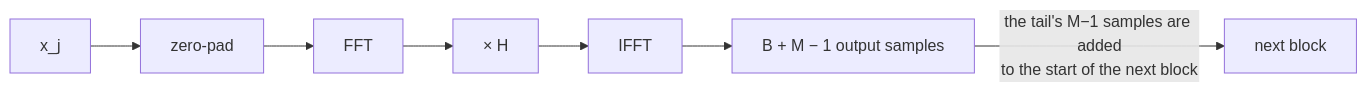
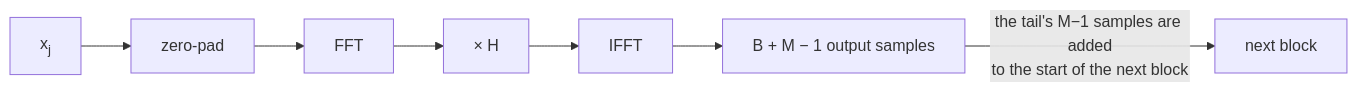
The seventh of 11 diagrams in lessons/12-reverb/README.md (TomHsieh300/DAW-for-fun), drawn with Mermaid before and after one commit. The commit also changed other lines of this file and 19 other files, not shown here.

First line of the commit message:
lessons: typeset subscripts and superscripts in Mermaid labels

````diff
--- a/lessons/12-reverb/README.md
+++ b/lessons/12-reverb/README.md
@@ -408,5 +408,5 @@
 ```mermaid
 flowchart LR
-    X["x_j"] --> Z["zero-pad"] --> F["FFT"] --> H["× H"] --> I["IFFT"] --> O["B + M − 1 output samples"]
+    X["x<sub>j</sub>"] --> Z["zero-pad"] --> F["FFT"] --> H["× H"] --> I["IFFT"] --> O["B + M − 1 output samples"]
     O -->|"the tail's M−1 samples are added<br/>to the start of the next block"| N["next block"]
 ```
````
